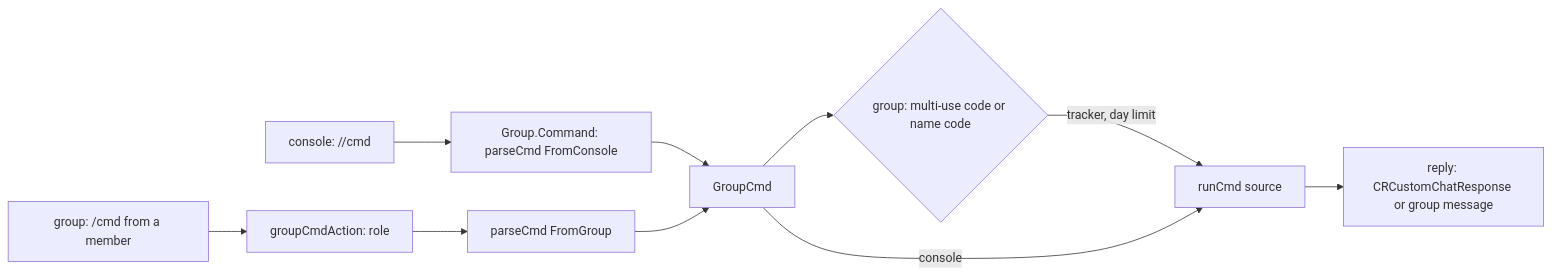
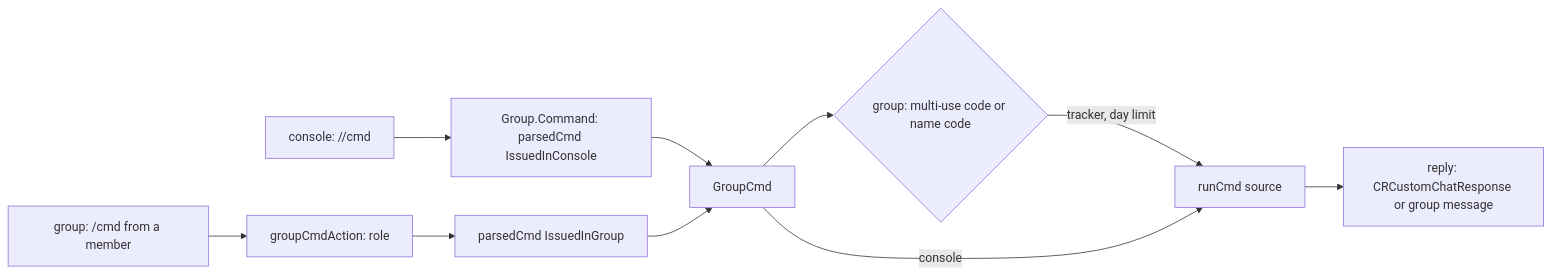
Before and after one commit to simplex-chat/simplex-chat: the first of 2 diagrams in plans/2026-11-16-names-review-fixes-a4.md, drawn with Mermaid. The commit also changed other lines of this file, not shown here.

````diff
--- a/plans/2026-11-16-names-review-fixes-a4.md
+++ b/plans/2026-11-16-names-review-fixes-a4.md
@@ -65,11 +66,11 @@
 ```mermaid
 flowchart LR
-  C["console: //cmd"] --> P["Group.Command: parseCmd FromConsole"]
-  G["group: /cmd from a member"] --> R["groupCmdAction: role"] --> P2["parseCmd FromGroup"]
+  C["console: //cmd"] --> P["Group.Command: parsedCmd IssuedInConsole"]
+  G["group: /cmd from a member"] --> R["groupCmdAction: role"] --> P2["parsedCmd IssuedInGroup"]
   P --> S[GroupCmd]
   P2 --> S
   S --> T{"group: multi-use code or name code"}
   T -- tracker, day limit --> D["runCmd source"]
   S -- console --> D
   D --> A["reply: CRCustomChatResponse or group message"]
 ```
````
